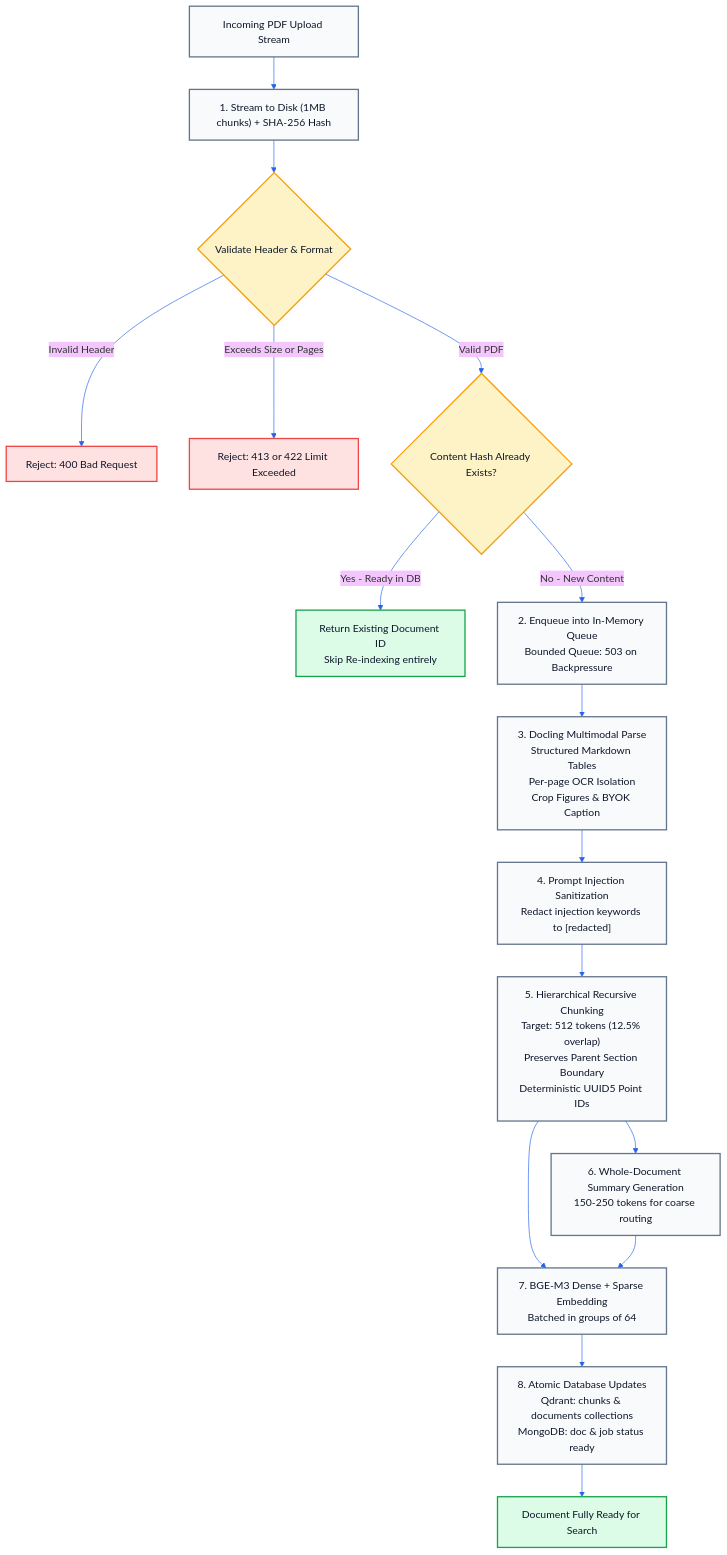
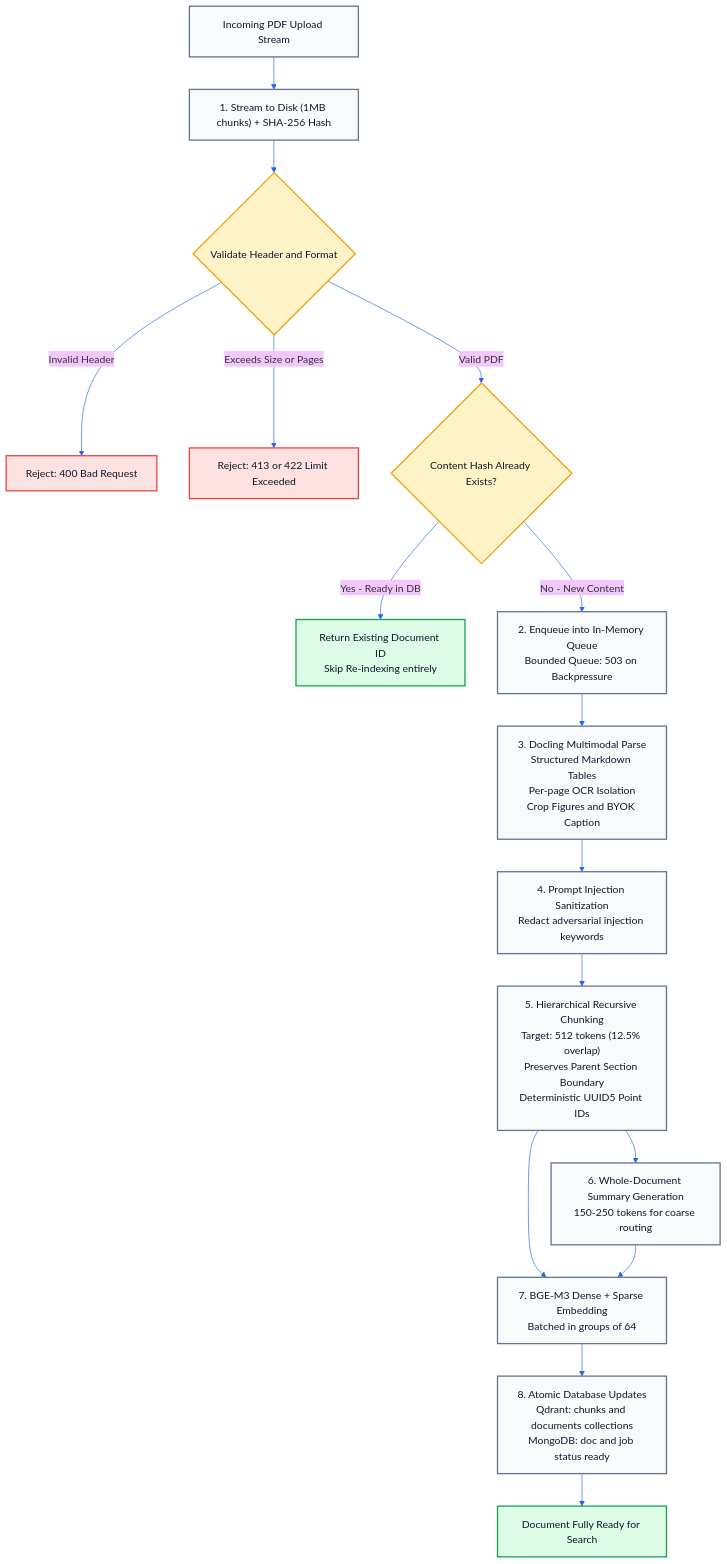
The second of 4 diagrams in README.md (Pavan048/CITE-RAG), drawn with Mermaid before and after one commit. The commit also changed other lines of this file, not shown here.

Commit message:
fix(docs): resolve mermaid syntax errors in README diagrams for GitHub rendering

````diff
--- a/README.md
+++ b/README.md
@@ -144,31 +144,31 @@
 ```mermaid
 %%{init: {"theme": "base", "themeVariables": {"primaryColor": "#fef3c7", "primaryBorderColor": "#f59e0b", "lineColor": "#2563eb", "fontFamily": "Inter, Arial"}}}%%
 flowchart TD
   classDef cStep fill:#f8fafc,stroke:#64748b,stroke-width:2px,color:#0f172a;
   classDef cDecision fill:#fef3c7,stroke:#f59e0b,stroke-width:2px,color:#0f172a;
   classDef cSuccess fill:#dcfce7,stroke:#16a34a,stroke-width:2px,color:#0f172a;
   classDef cFailure fill:#fee2e2,stroke:#ef4444,stroke-width:2px,color:#0f172a;
 
   Upload["Incoming PDF Upload Stream"] --> S1["1. Stream to Disk (1MB chunks) + SHA-256 Hash"]
-  S1 --> V1{"Validate Header & Format"}
+  S1 --> V1{"Validate Header and Format"}
   V1 -->|Invalid Header| F1["Reject: 400 Bad Request"]
   V1 -->|Exceeds Size or Pages| F2["Reject: 413 or 422 Limit Exceeded"]
   V1 -->|Valid PDF| V2{"Content Hash Already Exists?"}
   
   V2 -->|Yes - Ready in DB| S_Dedup["Return Existing Document ID<br/>Skip Re-indexing entirely"]
   V2 -->|No - New Content| Enqueue["2. Enqueue into In-Memory Queue<br/>Bounded Queue: 503 on Backpressure"]
 
-  Enqueue --> Docling["3. Docling Multimodal Parse<br/>Structured Markdown Tables<br/>Per-page OCR Isolation<br/>Crop Figures & BYOK Caption"]
-  Docling --> Sanitize["4. Prompt Injection Sanitization<br/>Redact injection keywords to [redacted]"]
+  Enqueue --> Docling["3. Docling Multimodal Parse<br/>Structured Markdown Tables<br/>Per-page OCR Isolation<br/>Crop Figures and BYOK Caption"]
+  Docling --> Sanitize["4. Prompt Injection Sanitization<br/>Redact adversarial injection keywords"]
   Sanitize --> Chunking["5. Hierarchical Recursive Chunking<br/>Target: 512 tokens (12.5% overlap)<br/>Preserves Parent Section Boundary<br/>Deterministic UUID5 Point IDs"]
   Chunking --> DocSummary["6. Whole-Document Summary Generation<br/>150-250 tokens for coarse routing"]
   Chunking --> Embed["7. BGE-M3 Dense + Sparse Embedding<br/>Batched in groups of 64"]
   DocSummary --> Embed
-  Embed --> Index["8. Atomic Database Updates<br/>Qdrant: chunks & documents collections<br/>MongoDB: doc & job status ready"]
+  Embed --> Index["8. Atomic Database Updates<br/>Qdrant: chunks and documents collections<br/>MongoDB: doc and job status ready"]
   Index --> Ready["Document Fully Ready for Search"]
 
-  class Upload,S1,Enqueue,Docling,Sanitize,Chunking,DocSummary,Embed,Index cStep
-  class V1,V2 cDecision
-  class S_Dedup,Ready cSuccess
-  class F1,F2 cFailure
+  class Upload,S1,Enqueue,Docling,Sanitize,Chunking,DocSummary,Embed,Index cStep;
+  class V1,V2 cDecision;
+  class S_Dedup,Ready cSuccess;
+  class F1,F2 cFailure;
 ```
````
